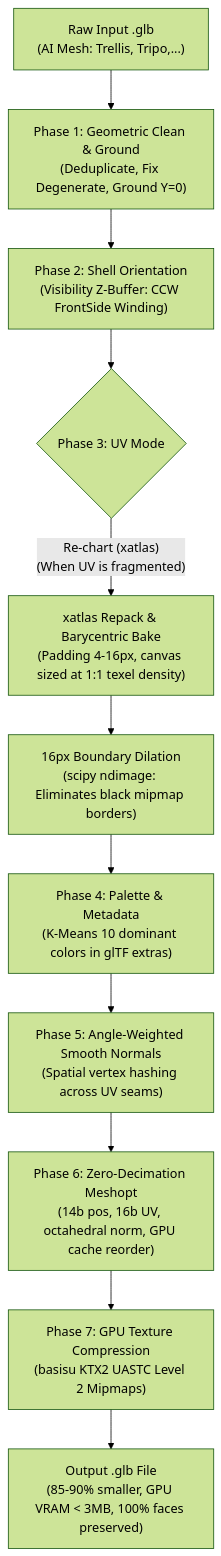
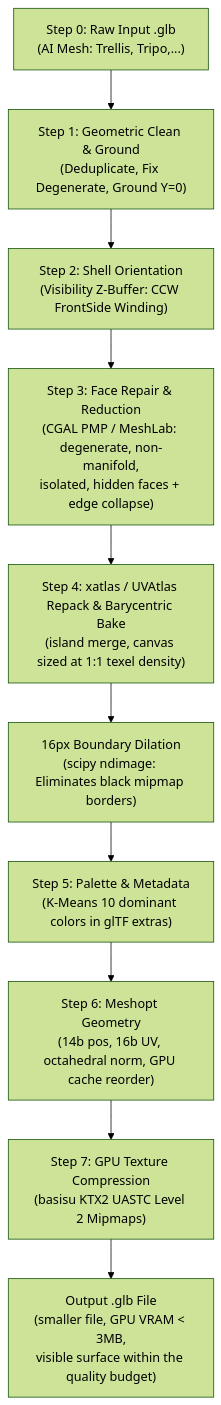
One commit to braitoli/poc-optimize-3d-model changed the diagram in README.md. Above: the diagram before and after it, drawn with Mermaid (forest theme). The commit also changed other lines of this file and 66 other files, not shown here.

````diff
--- a/README.md
+++ b/README.md
@@ -17,13 +19,12 @@
 ```mermaid
 flowchart TD
-    A["Raw Input .glb<br/>(AI Mesh: Trellis, Tripo,...)"] --> B["Phase 1: Geometric Clean & Ground<br/>(Deduplicate, Fix Degenerate, Ground Y=0)"]
-    B --> C["Phase 2: Shell Orientation<br/>(Visibility Z-Buffer: CCW FrontSide Winding)"]
-    C --> D{"Phase 3: UV Mode"}
-    D -- "Re-chart (xatlas)<br/>(When UV is fragmented)" --> E["xatlas Repack & Barycentric Bake<br/>(Padding 4-16px, canvas sized at 1:1 texel density)"]
+    A["Step 0: Raw Input .glb<br/>(AI Mesh: Trellis, Tripo,...)"] --> B["Step 1: Geometric Clean & Ground<br/>(Deduplicate, Fix Degenerate, Ground Y=0)"]
+    B --> C["Step 2: Shell Orientation<br/>(Visibility Z-Buffer: CCW FrontSide Winding)"]
+    C --> R["Step 3: Face Repair & Reduction<br/>(CGAL PMP / MeshLab: degenerate, non-manifold,<br/>isolated, hidden faces + edge collapse)"]
+    R --> E["Step 4: xatlas / UVAtlas Repack & Barycentric Bake<br/>(island merge, canvas sized at 1:1 texel density)"]
     E --> G["16px Boundary Dilation<br/>(scipy ndimage: Eliminates black mipmap borders)"]
-    G --> H["Phase 4: Palette & Metadata<br/>(K-Means 10 dominant colors in glTF extras)"]
-    H --> I["Phase 5: Angle-Weighted Smooth Normals<br/>(Spatial vertex hashing across UV seams)"]
-    I --> J["Phase 6: Zero-Decimation Meshopt<br/>(14b pos, 16b UV, octahedral norm, GPU cache reorder)"]
-    J --> K["Phase 7: GPU Texture Compression<br/>(basisu KTX2 UASTC Level 2 Mipmaps)"]
-    K --> L["Output .glb File<br/>(85-90% smaller, GPU VRAM &lt; 3MB, 100% faces preserved)"]
+    G --> H["Step 5: Palette & Metadata<br/>(K-Means 10 dominant colors in glTF extras)"]
+    H --> I["Step 6: Meshopt Geometry<br/>(14b pos, 16b UV, octahedral norm, GPU cache reorder)"]
+    I --> K["Step 7: GPU Texture Compression<br/>(basisu KTX2 UASTC Level 2 Mipmaps)"]
+    K --> L["Output .glb File<br/>(smaller file, GPU VRAM &lt; 3MB,<br/>visible surface within the quality budget)"]
 ```
````
